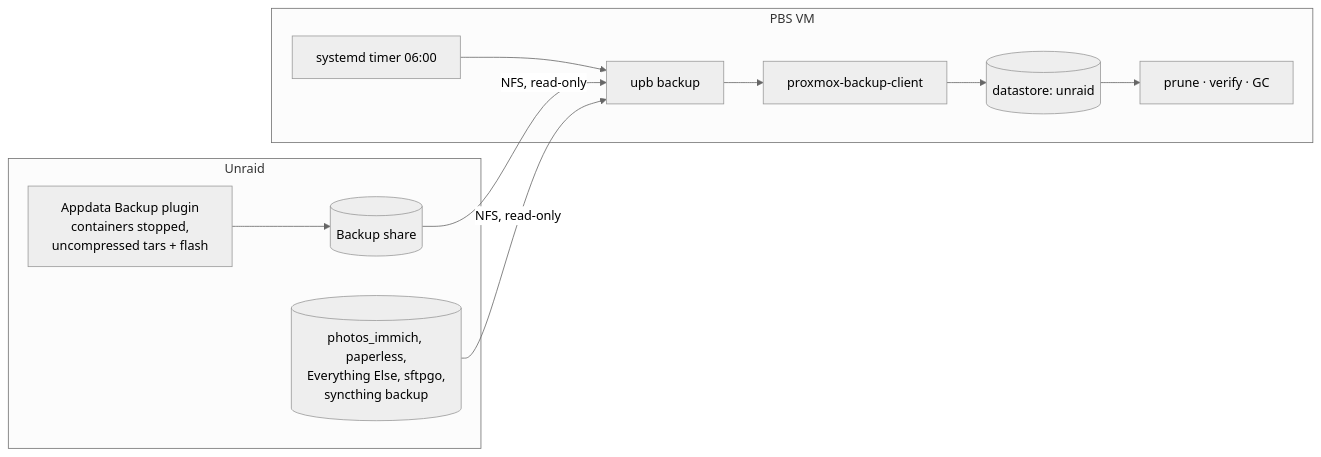
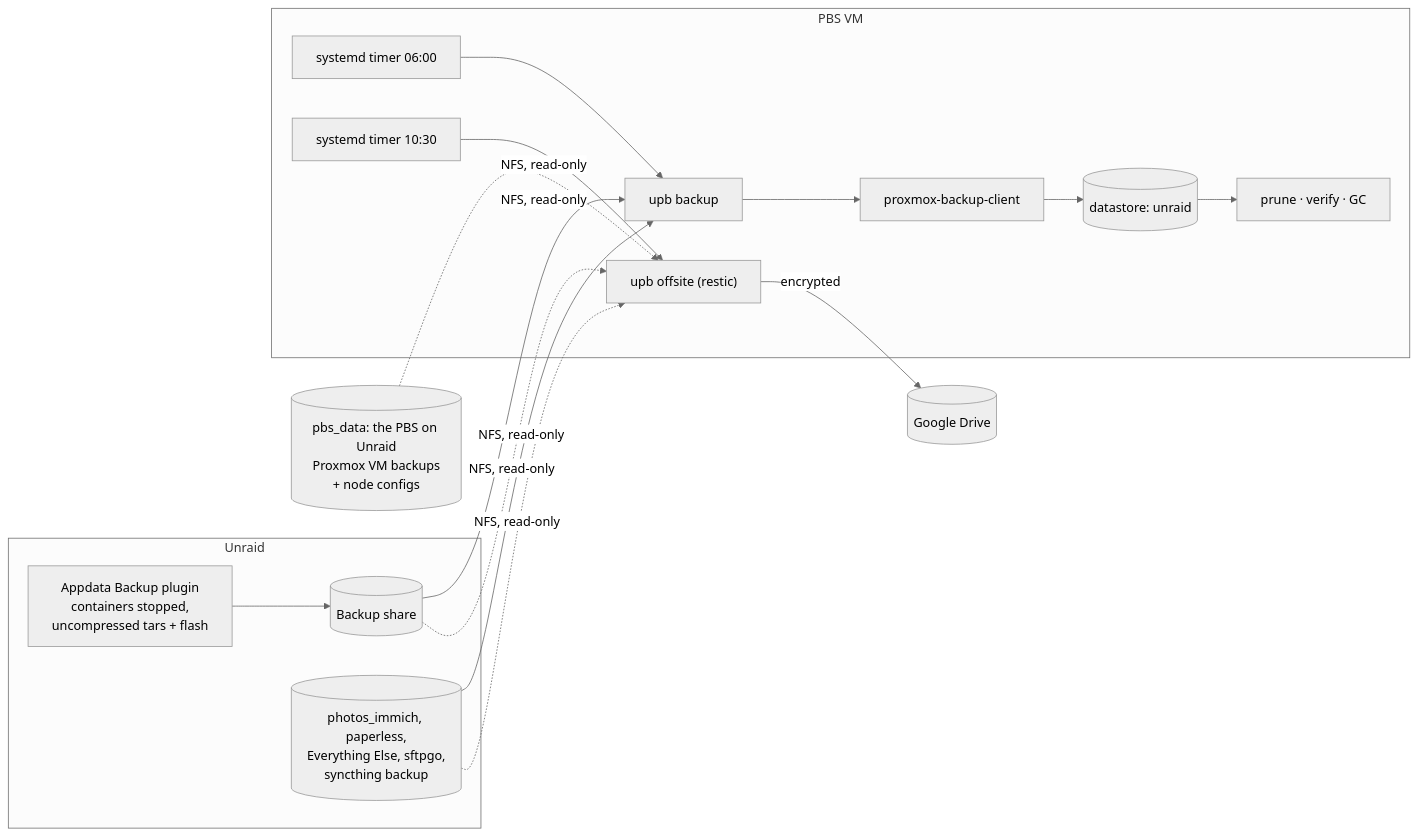
Before and after one commit to nkskater/unraid-to-proxmox-backups: the diagram in README.md, drawn with Mermaid (neutral theme). The commit also changed other lines of this file and 32 other files, not shown here.

````diff
--- a/README.md
+++ b/README.md
@@ -11,15 +16,20 @@
 ```mermaid
 flowchart LR
   subgraph Unraid
     ab["Appdata Backup plugin<br/>containers stopped,<br/>uncompressed tars + flash"] --> share[("Backup share")]
     shares[("photos_immich, paperless,<br/>Everything Else, sftpgo,<br/>syncthing backup")]
   end
   subgraph PBS["PBS VM"]
     timer["systemd timer 06:00"] --> upb["upb backup"]
     upb --> client["proxmox-backup-client"]
     client --> ds[("datastore: unraid")]
     ds --> jobs["prune · verify · GC"]
+    timer2["systemd timer 10:30"] --> off["upb offsite (restic)"]
   end
   share -- "NFS, read-only" --> upb
   shares -- "NFS, read-only" --> upb
+  share -.->|"NFS, read-only"| off
+  shares -.->|"NFS, read-only"| off
+  pbsdata[("pbs_data: the PBS on Unraid<br/>Proxmox VM backups<br/>+ node configs")] -.->|"NFS, read-only"| off
+  off -->|encrypted| gdrive[("Google Drive")]
 ```
````
